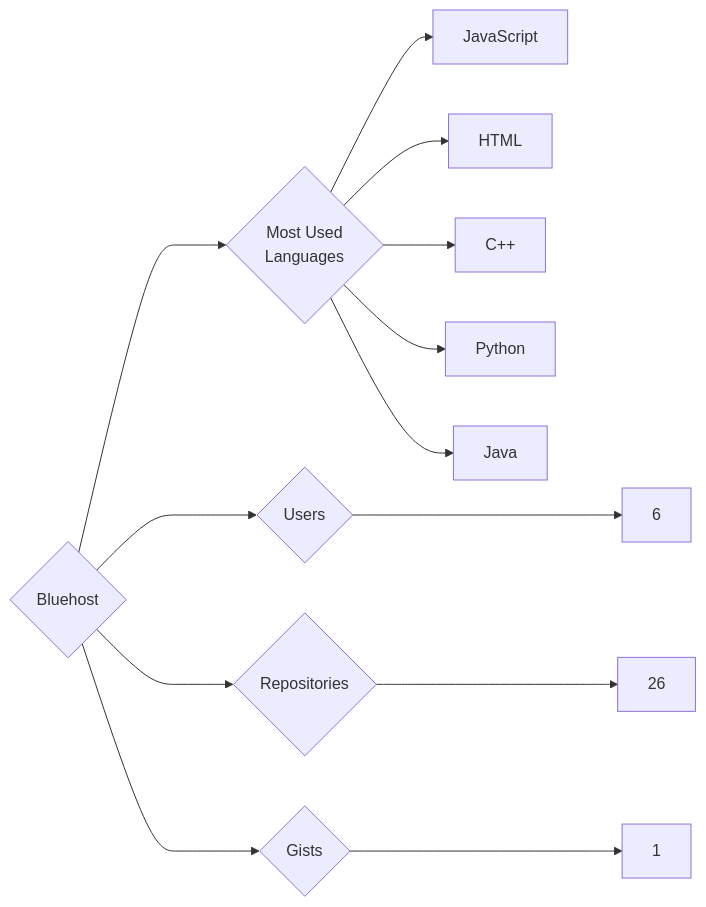
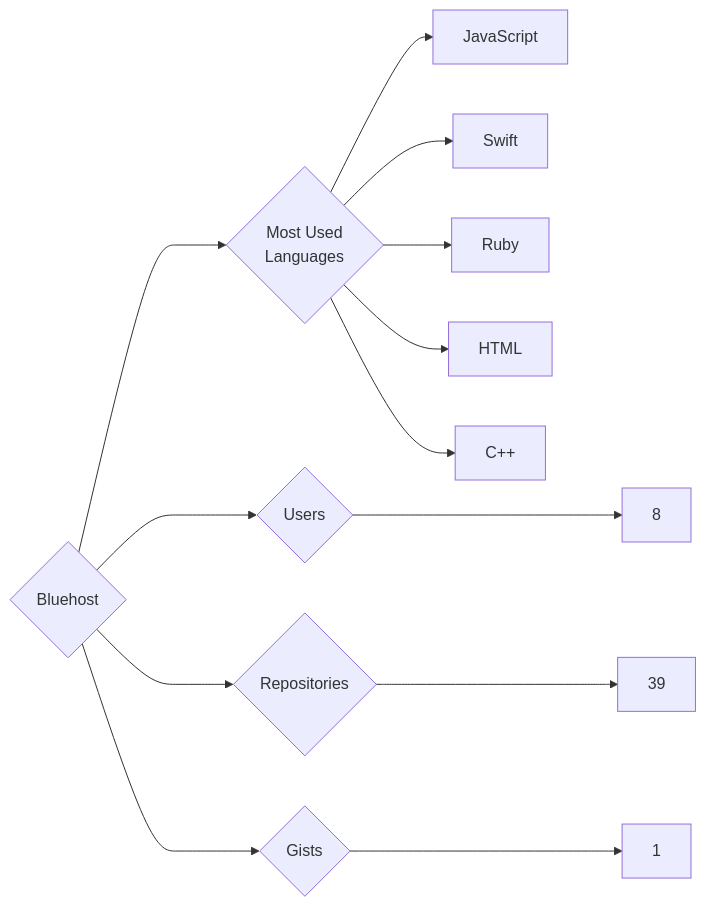
One commit to trickest/insiders changed the diagram in targets/Bluehost/README.md. Above: the diagram before and after it, drawn with Mermaid. The commit also changed 1167 other files, not shown here.

````diff
--- a/targets/Bluehost/README.md
+++ b/targets/Bluehost/README.md
@@ -3,13 +3,13 @@
 ```mermaid
 graph LR
 COMPANY_NAME{Bluehost}
-COMPANY_NAME ---> U{Users} ---> UN[6]
-COMPANY_NAME ---> R{Repositories} ---> RN[26]
+COMPANY_NAME ---> U{Users} ---> UN[8]
+COMPANY_NAME ---> R{Repositories} ---> RN[39]
 COMPANY_NAME ---> G{Gists} ---> GN[1]
 COMPANY_NAME ---> ML{Most Used<br>Languages}
 ML --> JavaScript[JavaScript]
+ML --> Swift[Swift]
+ML --> Ruby[Ruby]
 ML --> HTML[HTML]
 ML --> C++[C++]
-ML --> Python[Python]
-ML --> Java[Java]
 ```
````
